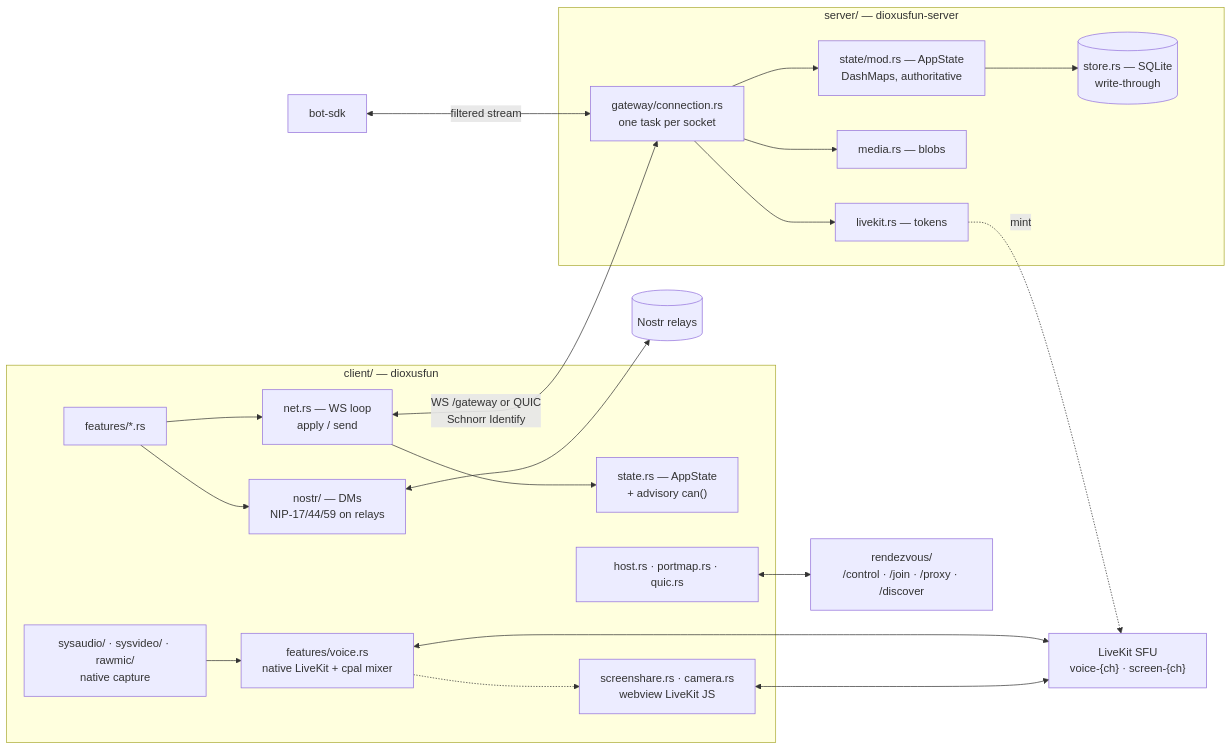
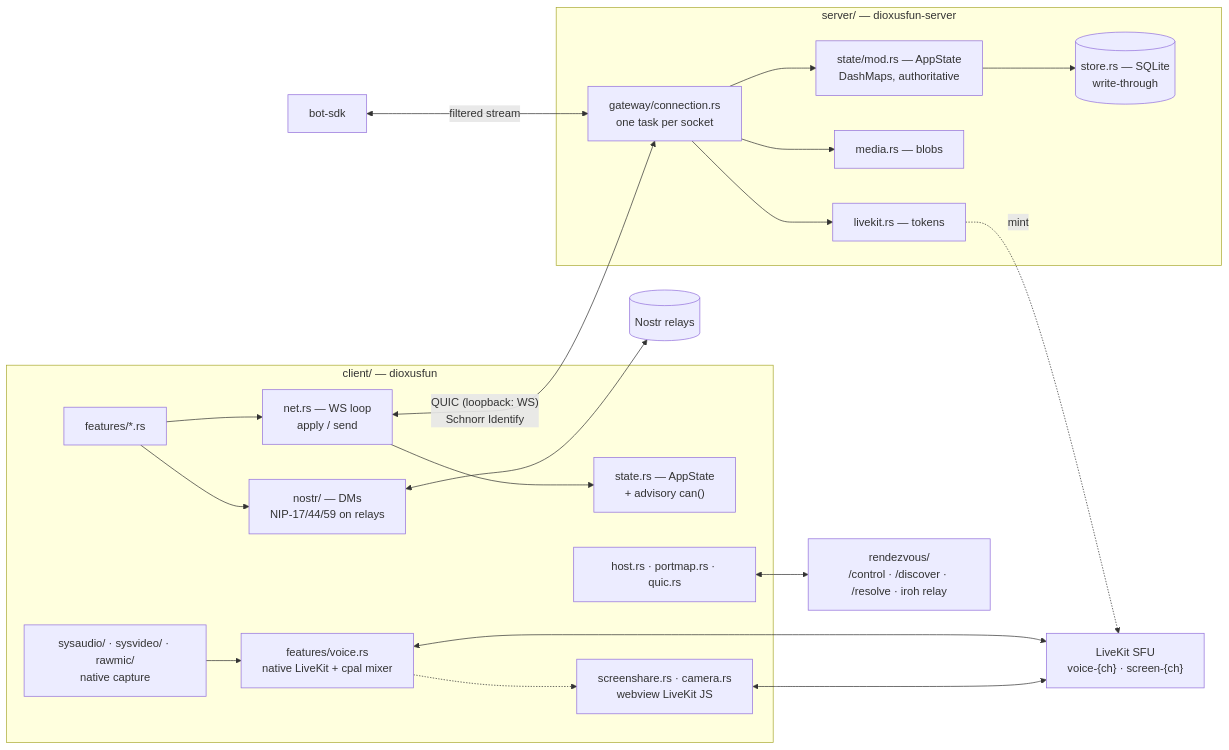
One commit to ssotomayor/discordia changed the diagram in docs/MAP.md. Above: the diagram before and after it, drawn with Mermaid. The commit also changed other lines of this file and 79 other files, not shown here.

First line of the commit message:
Security hardening: keyed SFU, bound logins, addressed media, QUIC off loopback (#120)

````diff
--- a/docs/MAP.md
+++ b/docs/MAP.md
@@ -77,38 +78,38 @@
 ```mermaid
 flowchart LR
   subgraph C["client/ — dioxusfun"]
     UI["features/*.rs"]
     NET["net.rs — WS loop<br/>apply / send"]
     ST["state.rs — AppState<br/>+ advisory can()"]
     NOSTR["nostr/ — DMs<br/>NIP-17/44/59 on relays"]
     V["features/voice.rs<br/>native LiveKit + cpal mixer"]
     CAP["sysaudio/ · sysvideo/ · rawmic/<br/>native capture"]
     JS["screenshare.rs · camera.rs<br/>webview LiveKit JS"]
     HOST["host.rs · portmap.rs · quic.rs"]
     UI-->NET-->ST
     UI-->NOSTR
     CAP-->V
     V-.->JS
   end
   subgraph S["server/ — dioxusfun-server"]
     GW["gateway/connection.rs<br/>one task per socket"]
     AS["state/mod.rs — AppState<br/>DashMaps, authoritative"]
     DB[("store.rs — SQLite<br/>write-through")]
     MED["media.rs — blobs"]
     LK["livekit.rs — tokens"]
     GW-->AS-->DB
     GW-->MED
     GW-->LK
   end
   SFU["LiveKit SFU<br/>voice-{ch} · screen-{ch}"]
-  RZ["rendezvous/<br/>/control · /join · /proxy · /discover"]
+  RZ["rendezvous/<br/>/control · /discover · /resolve · iroh relay"]
   RELAYS[("Nostr relays")]
   BOT["bot-sdk"]
-  NET<-->|"WS /gateway or QUIC<br/>Schnorr Identify"|GW
+  NET<-->|"QUIC (loopback: WS)<br/>Schnorr Identify"|GW
   BOT<-->|filtered stream|GW
   V<-->SFU
   JS<-->SFU
   LK-.mint.->SFU
   HOST<-->RZ
   NOSTR<-->RELAYS
 ```
````
